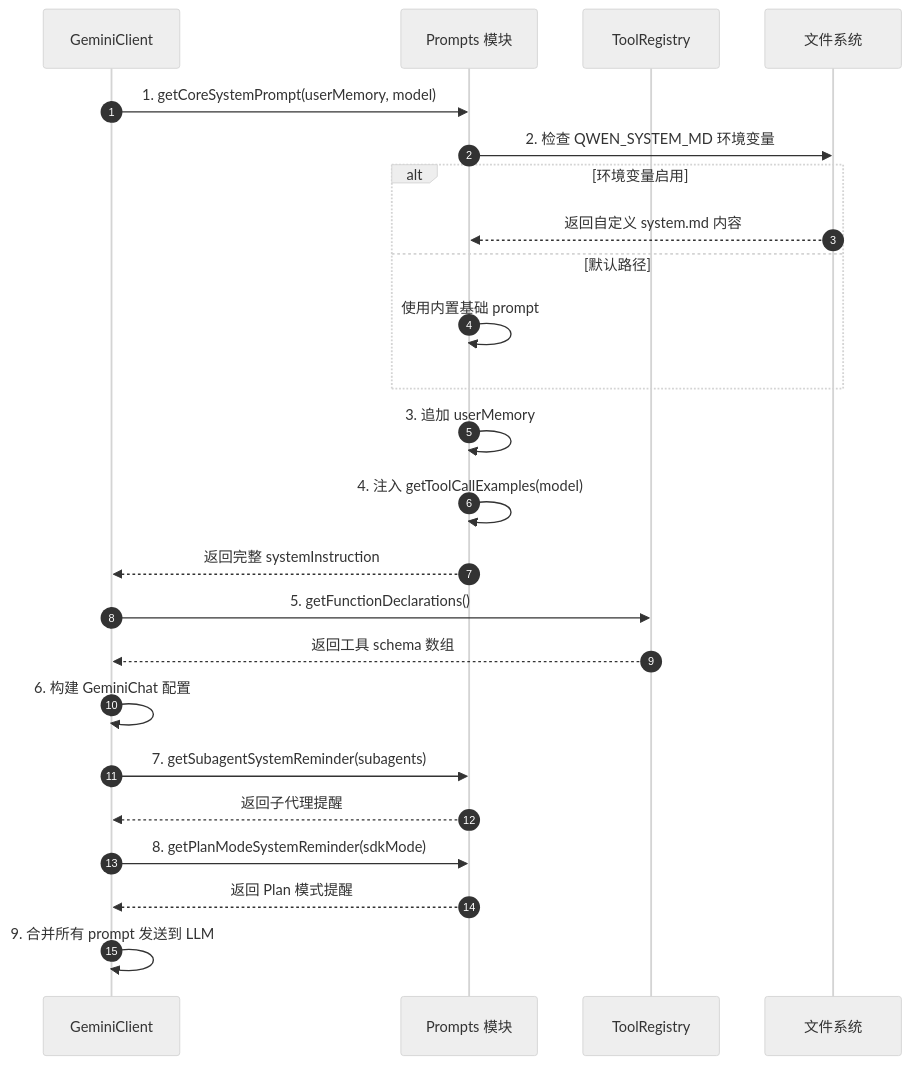
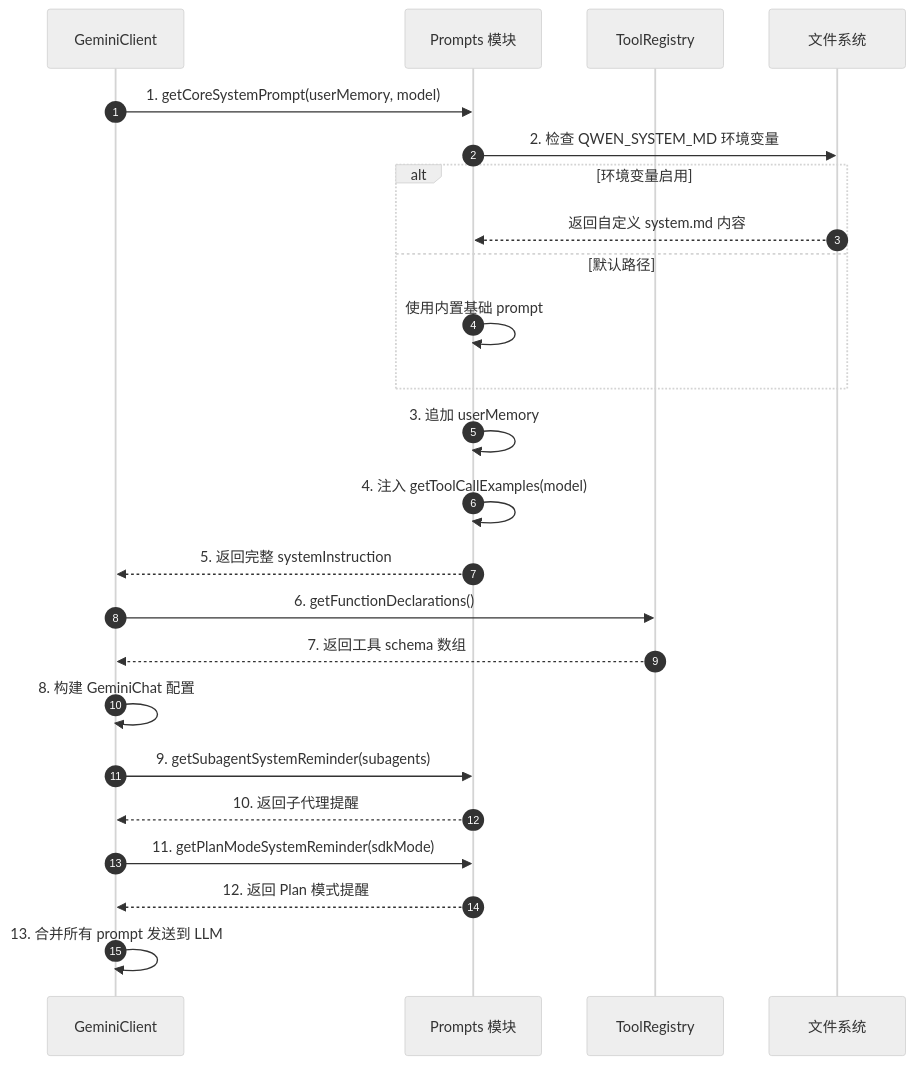
One commit to giraffe-tree/agent-base changed the first of 10 diagrams in docs/qwen-code/11-qwen-code-prompt-organization.md. Above: the diagram before and after it, drawn with Mermaid (neutral theme). The commit also changed other lines of this file and 155 other files, not shown here.

````diff
--- a/docs/qwen-code/11-qwen-code-prompt-organization.md
+++ b/docs/qwen-code/11-qwen-code-prompt-organization.md
@@ -81,32 +103,32 @@
 ```mermaid
 sequenceDiagram
     autonumber
     participant C as GeminiClient
     participant P as Prompts 模块
     participant T as ToolRegistry
     participant F as 文件系统
 
     C->>P: 1. getCoreSystemPrompt(userMemory, model)
     P->>F: 2. 检查 QWEN_SYSTEM_MD 环境变量
     alt 环境变量启用
         F-->>P: 返回自定义 system.md 内容
     else 默认路径
         P->>P: 使用内置基础 prompt
     end
     P->>P: 3. 追加 userMemory
     P->>P: 4. 注入 getToolCallExamples(model)
-    P-->>C: 返回完整 systemInstruction
+    P-->>C: 5. 返回完整 systemInstruction
 
-    C->>T: 5. getFunctionDeclarations()
-    T-->>C: 返回工具 schema 数组
+    C->>T: 6. getFunctionDeclarations()
+    T-->>C: 7. 返回工具 schema 数组
 
-    C->>C: 6. 构建 GeminiChat 配置
+    C->>C: 8. 构建 GeminiChat 配置
 
-    C->>P: 7. getSubagentSystemReminder(subagents)
-    P-->>C: 返回子代理提醒
+    C->>P: 9. getSubagentSystemReminder(subagents)
+    P-->>C: 10. 返回子代理提醒
 
-    C->>P: 8. getPlanModeSystemReminder(sdkMode)
-    P-->>C: 返回 Plan 模式提醒
+    C->>P: 11. getPlanModeSystemReminder(sdkMode)
+    P-->>C: 12. 返回 Plan 模式提醒
 
-    C->>C: 9. 合并所有 prompt 发送到 LLM
+    C->>C: 13. 合并所有 prompt 发送到 LLM
 ```
````
